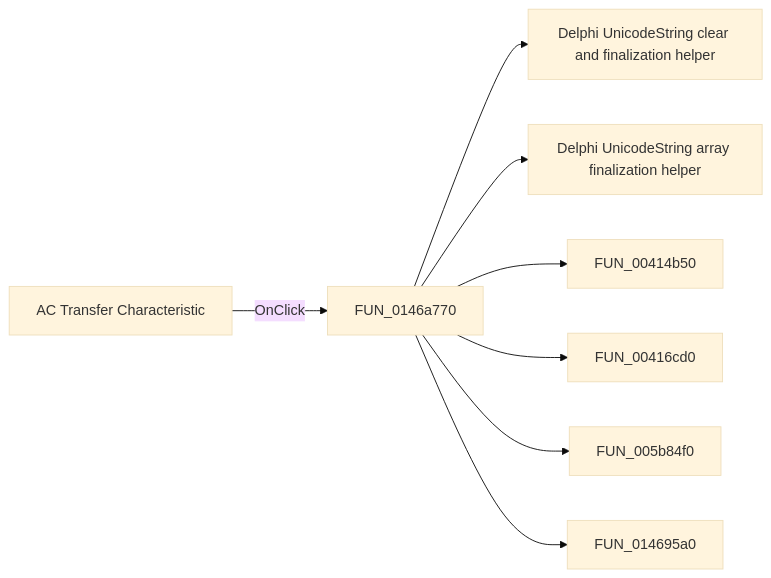
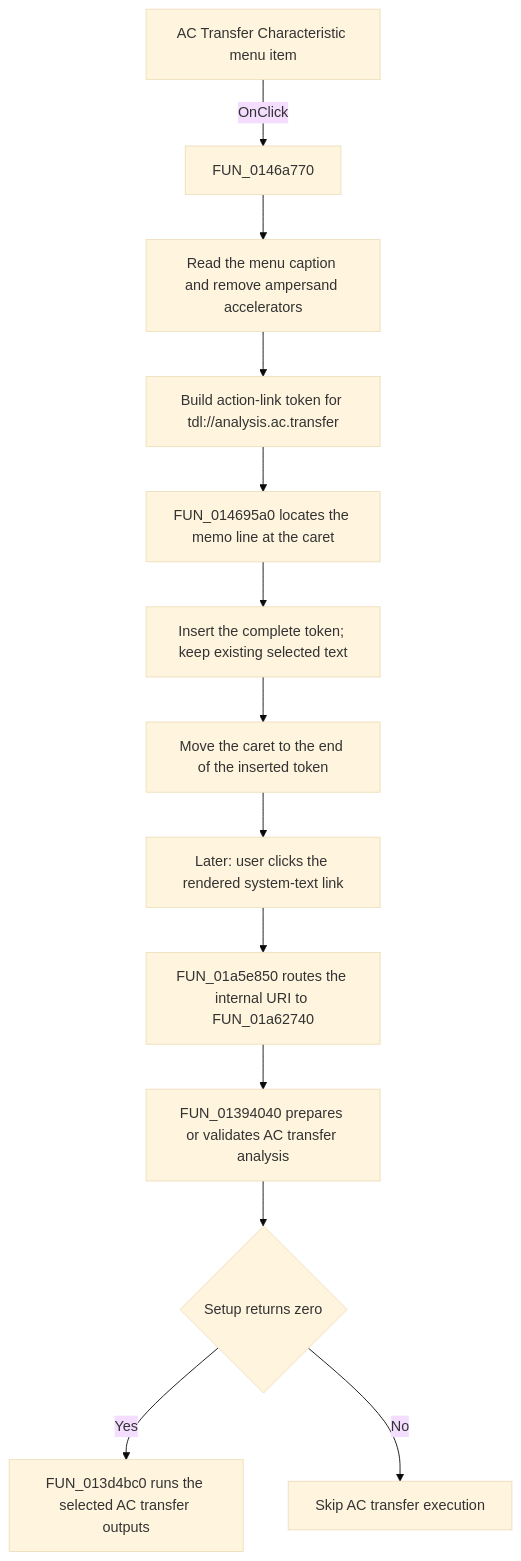
The diagram in docs/ui-controls/csystextdlg/actransfercharacteristicmnu-c765ab8013.md (MovGP0/TIARA), drawn with Mermaid (base theme) before and after one commit. The commit also changed other lines of this file and 680 other files, not shown here.

````diff
--- a/docs/ui-controls/csystextdlg/actransfercharacteristicmnu-c765ab8013.md
+++ b/docs/ui-controls/csystextdlg/actransfercharacteristicmnu-c765ab8013.md
@@ -27,10 +74,15 @@
 ```mermaid
-flowchart LR
-    control["AC Transfer Characteristic"] -->|OnClick| handler["FUN_0146a770"]
-    handler --> call1["Delphi UnicodeString clear and finalization helper"]
-    handler --> call2["Delphi UnicodeString array finalization helper"]
-    handler --> call3["FUN_00414b50"]
-    handler --> call4["FUN_00416cd0"]
-    handler --> call5["FUN_005b84f0"]
-    handler --> call6["FUN_014695a0"]
+flowchart TD
+    control["AC Transfer Characteristic menu item"] -->|OnClick| handler["FUN_0146a770"]
+    handler --> caption["Read the menu caption and remove ampersand accelerators"]
+    caption --> token["Build action-link token for tdl://analysis.ac.transfer"]
+    token --> insert["FUN_014695a0 locates the memo line at the caret"]
+    insert --> line["Insert the complete token; keep existing selected text"]
+    line --> caret["Move the caret to the end of the inserted token"]
+    caret --> later["Later: user clicks the rendered system-text link"]
+    later --> route["FUN_01a5e850 routes the internal URI to FUN_01a62740"]
+    route --> setup["FUN_01394040 prepares or validates AC transfer analysis"]
+    setup --> ready{"Setup returns zero"}
+    ready -->|Yes| run["FUN_013d4bc0 runs the selected AC transfer outputs"]
+    ready -->|No| stop["Skip AC transfer execution"]
 ```
````
